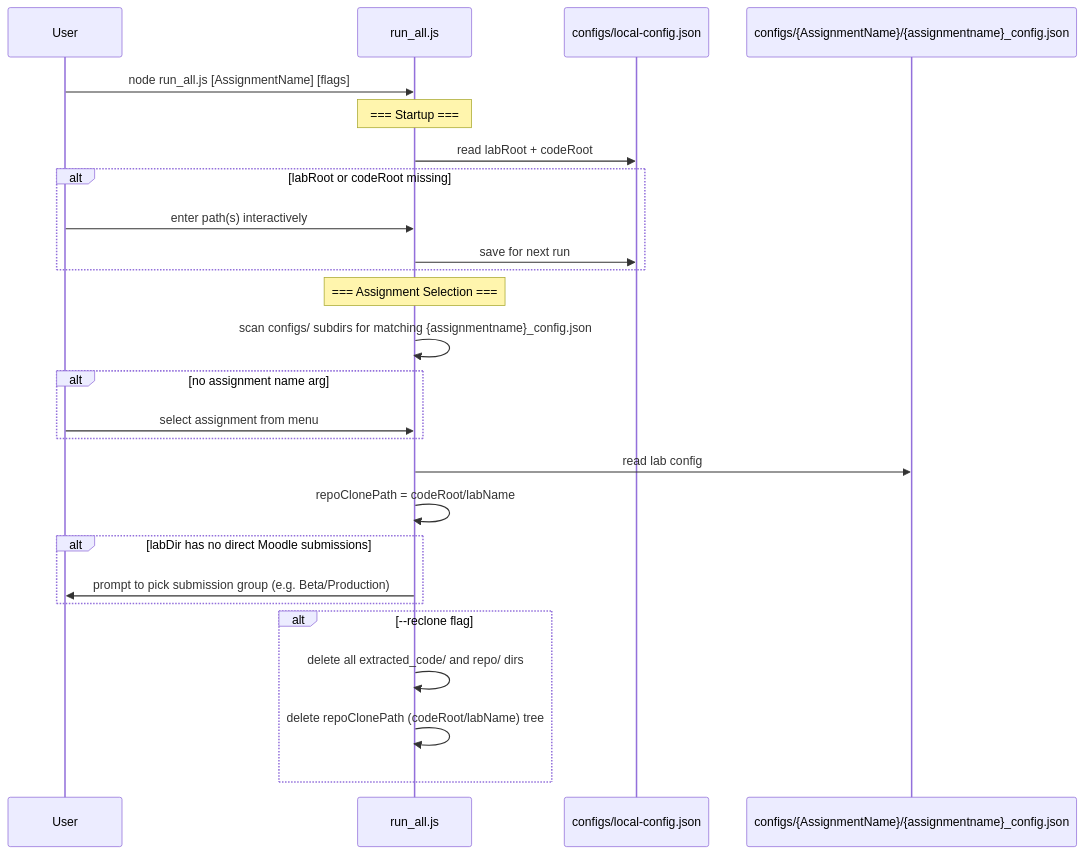
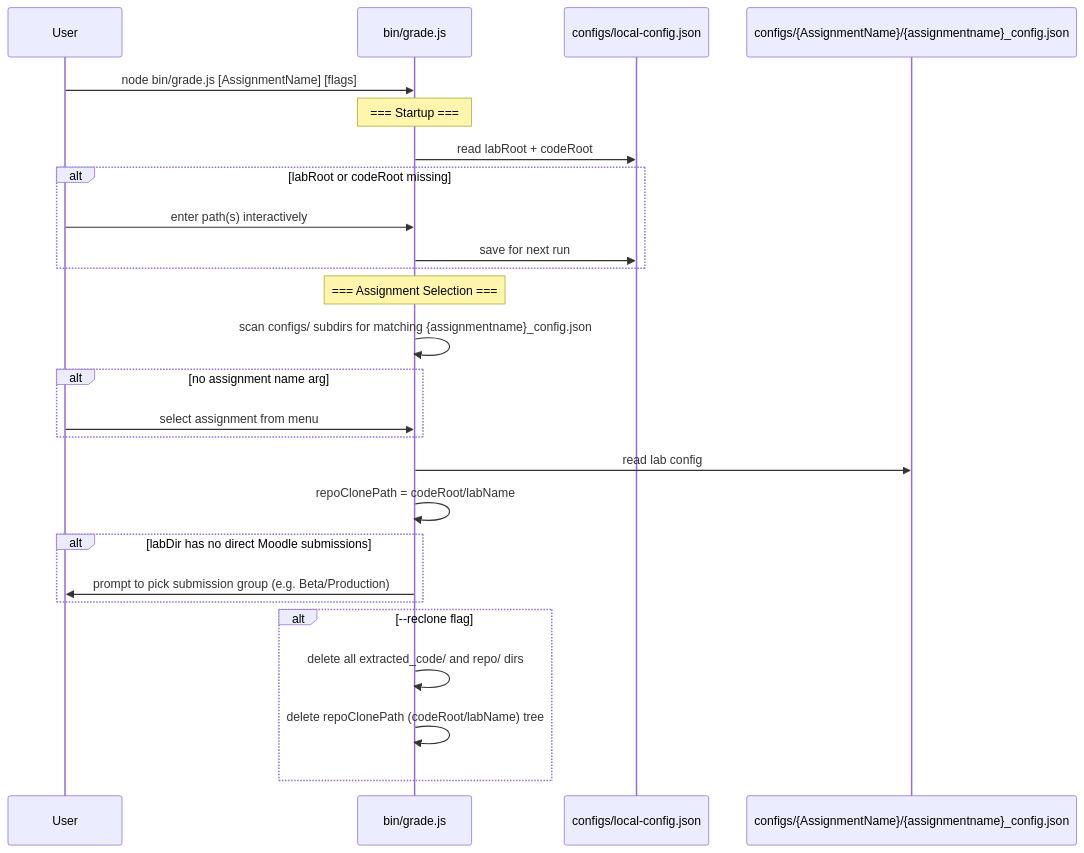
The second of 5 diagrams in DEVELOPER_GUIDE.md (ProfBird/CS233JS-AI_Grading), drawn with Mermaid before and after one commit. The commit also changed other lines of this file and 1 other file, not shown here.

````diff
--- a/DEVELOPER_GUIDE.md
+++ b/DEVELOPER_GUIDE.md
@@ -119,35 +119,35 @@
 ```mermaid
 sequenceDiagram
     participant User
-    participant run_all as run_all.js
+    participant run_all as bin/grade.js
     participant lc as configs/local-config.json
     participant config as configs/{AssignmentName}/{assignmentname}_config.json
 
-    User->>run_all: node run_all.js [AssignmentName] [flags]
+    User->>run_all: node bin/grade.js [AssignmentName] [flags]
 
     Note over run_all: === Startup ===
     run_all->>lc: read labRoot + codeRoot
     alt labRoot or codeRoot missing
         User->>run_all: enter path(s) interactively
         run_all->>lc: save for next run
     end
 
     Note over run_all: === Assignment Selection ===
     run_all->>run_all: scan configs/ subdirs for matching {assignmentname}_config.json
 
     alt no assignment name arg
         User->>run_all: select assignment from menu
     end
 
     run_all->>config: read lab config
     run_all->>run_all: repoClonePath = codeRoot/labName
 
     alt labDir has no direct Moodle submissions
         run_all->>User: prompt to pick submission group (e.g. Beta/Production)
     end
 
     alt --reclone flag
         run_all->>run_all: delete all extracted_code/ and repo/ dirs
         run_all->>run_all: delete repoClonePath (codeRoot/labName) tree
     end
 ```
````
